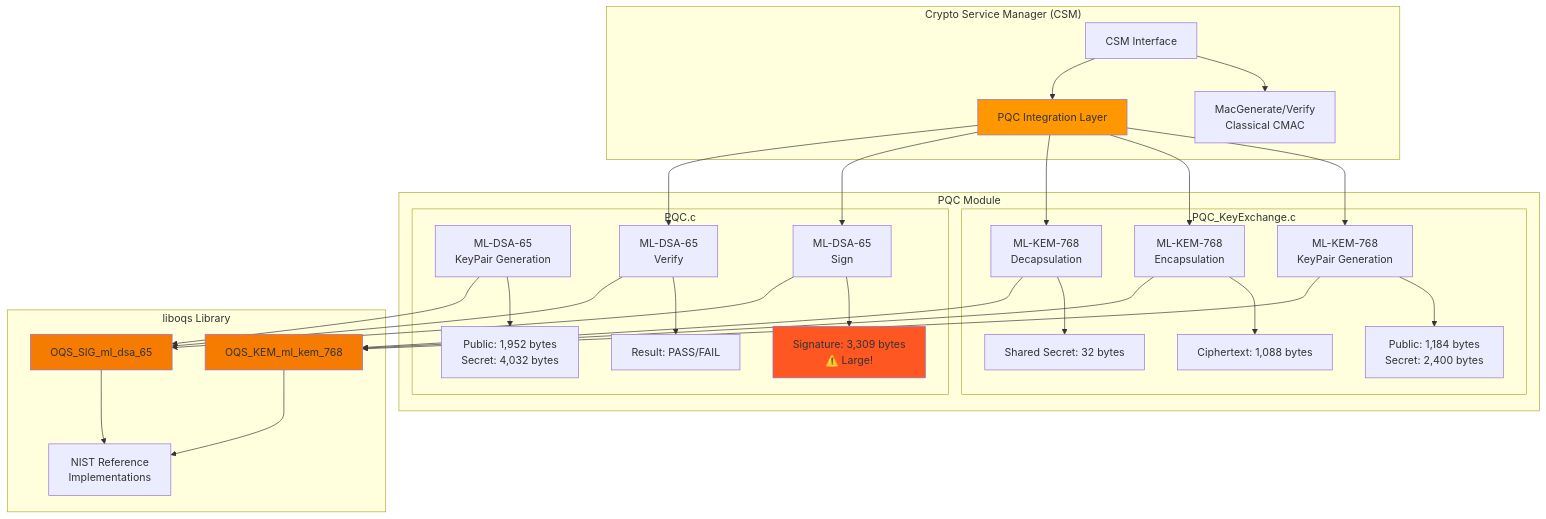
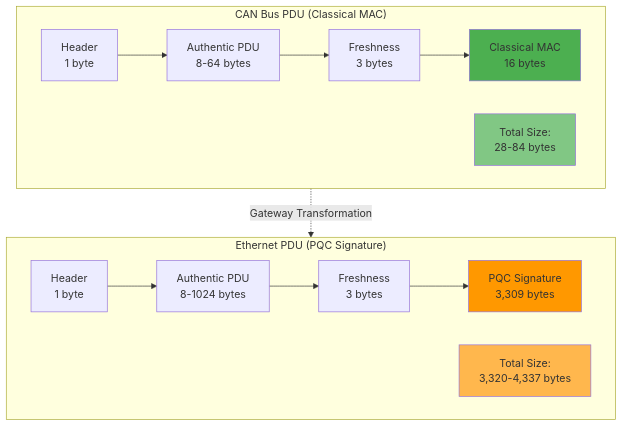
One commit to longluubao/computer_engineering_project changed the fourth of 15 diagrams in Autosar_SecOC/DIAGRAMS.md. Above: the diagram before and after it, drawn with Mermaid. The commit also changed other lines of this file and 41 other files, not shown here.

First line of the commit message:
Update diagrams and documentation for PQC Ethernet gateway

````diff
--- a/Autosar_SecOC/DIAGRAMS.md
+++ b/Autosar_SecOC/DIAGRAMS.md
@@ -286,60 +163,37 @@
 ```mermaid
 graph TB
-    subgraph "Crypto Service Manager (CSM)"
-        CSM_IFACE[CSM Interface]
-        CSM_MAC[MacGenerate/Verify<br/>Classical CMAC]
-        CSM_PQC[PQC Integration Layer]
+    subgraph "CAN Bus PDU (Classical MAC)"
+        direction LR
+        CAN_HEADER[Header<br/>1 byte]
+        CAN_DATA[Authentic PDU<br/>8-64 bytes]
+        CAN_FV[Freshness<br/>3 bytes]
+        CAN_MAC[Classical MAC<br/>16 bytes]
+
+        CAN_HEADER --> CAN_DATA
+        CAN_DATA --> CAN_FV
+        CAN_FV --> CAN_MAC
+
+        CAN_TOTAL[Total Size:<br/>28-84 bytes]
     end
 
-    subgraph "PQC Module"
-        subgraph "PQC_KeyExchange.c"
-            KEM_KEYGEN[ML-KEM-768<br/>KeyPair Generation]
-            KEM_ENCAPS[ML-KEM-768<br/>Encapsulation]
-            KEM_DECAPS[ML-KEM-768<br/>Decapsulation]
+    subgraph "Ethernet PDU (PQC Signature)"
+        direction LR
+        ETH_HEADER[Header<br/>1 byte]
+        ETH_DATA[Authentic PDU<br/>8-1024 bytes]
+        ETH_FV[Freshness<br/>3 bytes]
+        ETH_SIG[PQC Signature<br/>3,309 bytes]
 
-            KEM_KEYGEN --> KEM_SIZE1[Public: 1,184 bytes<br/>Secret: 2,400 bytes]
-            KEM_ENCAPS --> KEM_SIZE2[Ciphertext: 1,088 bytes]
-            KEM_DECAPS --> KEM_SIZE3[Shared Secret: 32 bytes]
-        end
+        ETH_HEADER --> ETH_DATA
+        ETH_DATA --> ETH_FV
+        ETH_FV --> ETH_SIG
 
-        subgraph "PQC.c"
-            DSA_KEYGEN[ML-DSA-65<br/>KeyPair Generation]
-            DSA_SIGN[ML-DSA-65<br/>Sign]
-            DSA_VERIFY[ML-DSA-65<br/>Verify]
-
-            DSA_KEYGEN --> DSA_SIZE1[Public: 1,952 bytes<br/>Secret: 4,032 bytes]
-            DSA_SIGN --> DSA_SIZE2[Signature: 3,309 bytes<br/>⚠️ Large!]
-            DSA_VERIFY --> DSA_SIZE3[Result: PASS/FAIL]
-        end
+        ETH_TOTAL[Total Size:<br/>3,320-4,337 bytes]
     end
 
-    subgraph "liboqs Library"
-        OQS_KEM[OQS_KEM_ml_kem_768]
-        OQS_SIG[OQS_SIG_ml_dsa_65]
-        OQS_COMMON[NIST Reference<br/>Implementations]
-    end
+    CAN_TOTAL -.->|Gateway Transformation| ETH_TOTAL
 
-    CSM_IFACE --> CSM_MAC
-    CSM_IFACE --> CSM_PQC
-
-    CSM_PQC --> KEM_KEYGEN
-    CSM_PQC --> KEM_ENCAPS
-    CSM_PQC --> KEM_DECAPS
-    CSM_PQC --> DSA_SIGN
-    CSM_PQC --> DSA_VERIFY
-
-    KEM_KEYGEN --> OQS_KEM
-    KEM_ENCAPS --> OQS_KEM
-    KEM_DECAPS --> OQS_KEM
-    DSA_KEYGEN --> OQS_SIG
-    DSA_SIGN --> OQS_SIG
-    DSA_VERIFY --> OQS_SIG
-
-    OQS_KEM --> OQS_COMMON
-    OQS_SIG --> OQS_COMMON
-
-    style CSM_PQC fill:#ff9800
-    style OQS_KEM fill:#f57c00
-    style OQS_SIG fill:#f57c00
-    style DSA_SIZE2 fill:#ff5722
+    style CAN_MAC fill:#4caf50
+    style ETH_SIG fill:#ff9800
+    style CAN_TOTAL fill:#81c784
+    style ETH_TOTAL fill:#ffb74d
 ```
````
